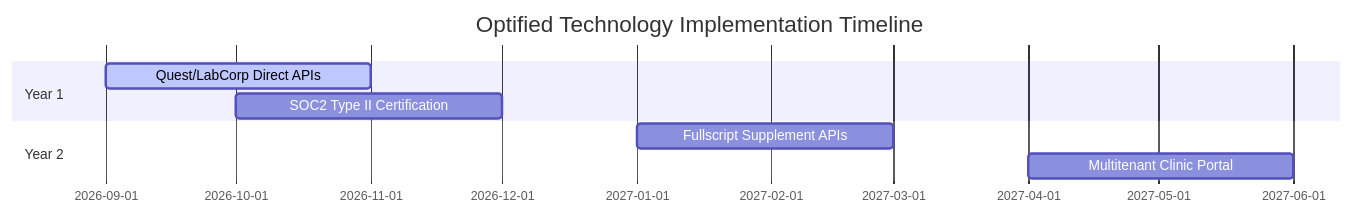
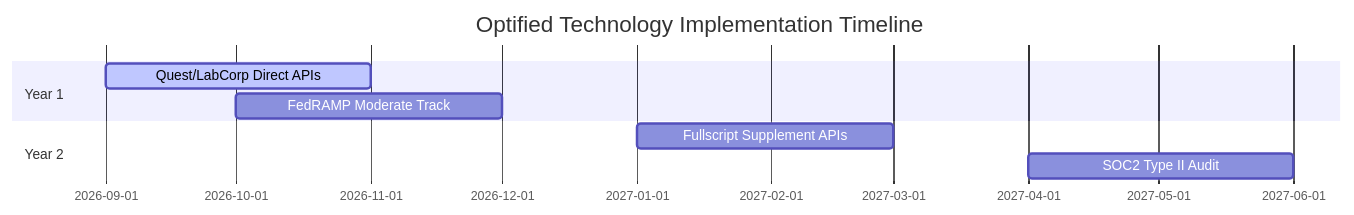
The diagram in investor_data_room/development_roadmap.md (csolivan11/optified-platform), drawn with Mermaid before and after one commit. The commit also changed other lines of this file, not shown here.

Commit message:
docs: update development_roadmap.md with milestone achievements up to Phase 515

````diff
--- a/investor_data_room/development_roadmap.md
+++ b/investor_data_room/development_roadmap.md
@@ -25,11 +26,11 @@
 ```mermaid
 gantt
     title Optified Technology Implementation Timeline
     dateFormat  YYYY-MM
     section Year 1
     Quest/LabCorp Direct APIs   :active, des1, 2026-09, 2026-11
-    SOC2 Type II Certification   :des2, 2026-10, 2026-12
+    FedRAMP Moderate Track       :des2, 2026-10, 2026-12
     section Year 2
     Fullscript Supplement APIs   :des3, 2027-01, 2027-03
-    Multitenant Clinic Portal    :des4, 2027-04, 2027-06
+    SOC2 Type II Audit           :des4, 2027-04, 2027-06
 ```
````
